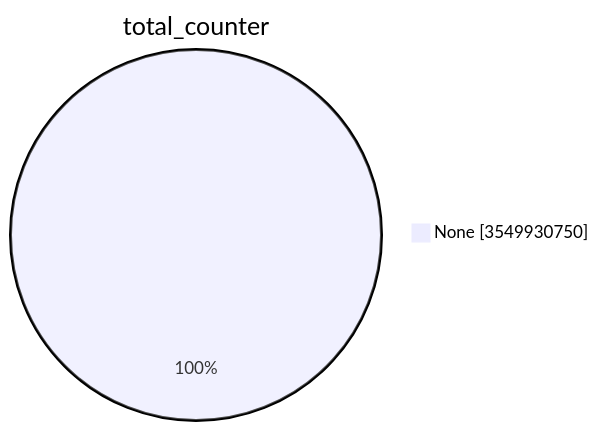
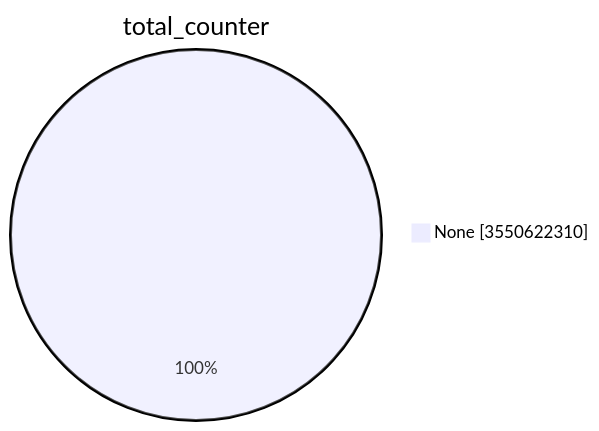
Before and after one commit to christiankrug/ctmonitor_visualization: the first of 15 diagrams in TOTAL/README.md, drawn with Mermaid. The commit also changed other lines of this file, not shown here.

````diff
--- a/TOTAL/README.md
+++ b/TOTAL/README.md
@@ -1,5 +1,5 @@
 ```mermaid
 pie showData
 title total_counter
-"None" :3549930750
+"None" :3550622310
 ```
````
